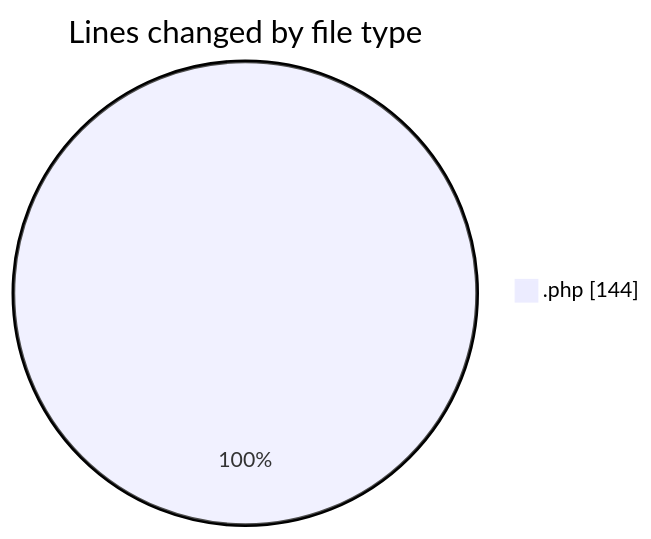
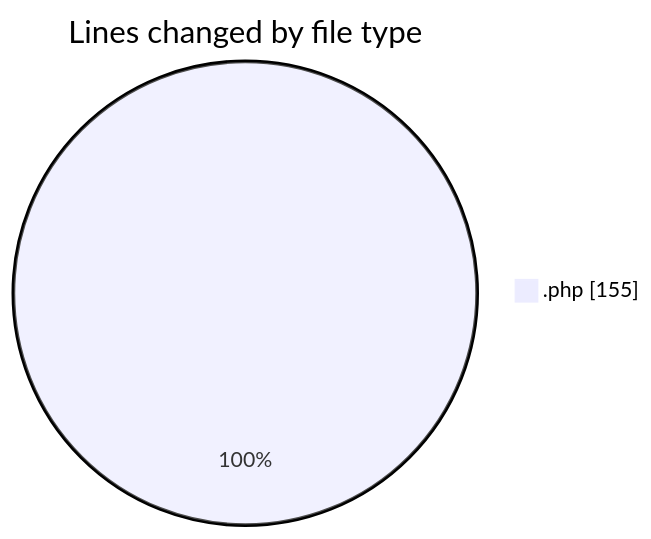
The first of 2 diagrams in 2025-03-27/autodidak/README.md (idhammustaqopulfikri/code-tracking), drawn with Mermaid before and after one commit. The commit also changed other lines of this file and 1 other file, not shown here.

````diff
--- a/2025-03-27/autodidak/README.md
+++ b/2025-03-27/autodidak/README.md
@@ -22,5 +22,5 @@
 ```mermaid
 pie showData
 title Lines changed by file type
-".php" : 144
+".php" : 155
 ```
````
